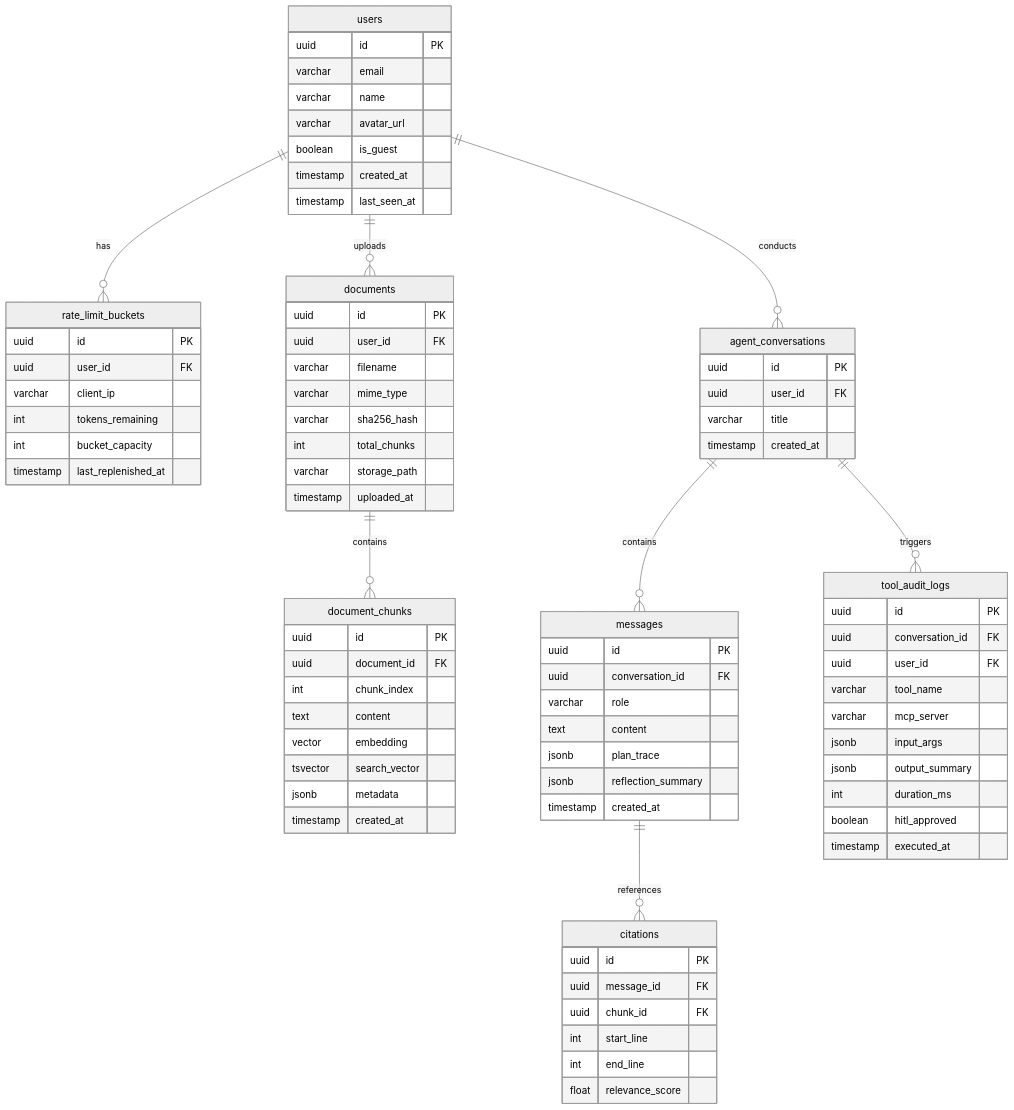
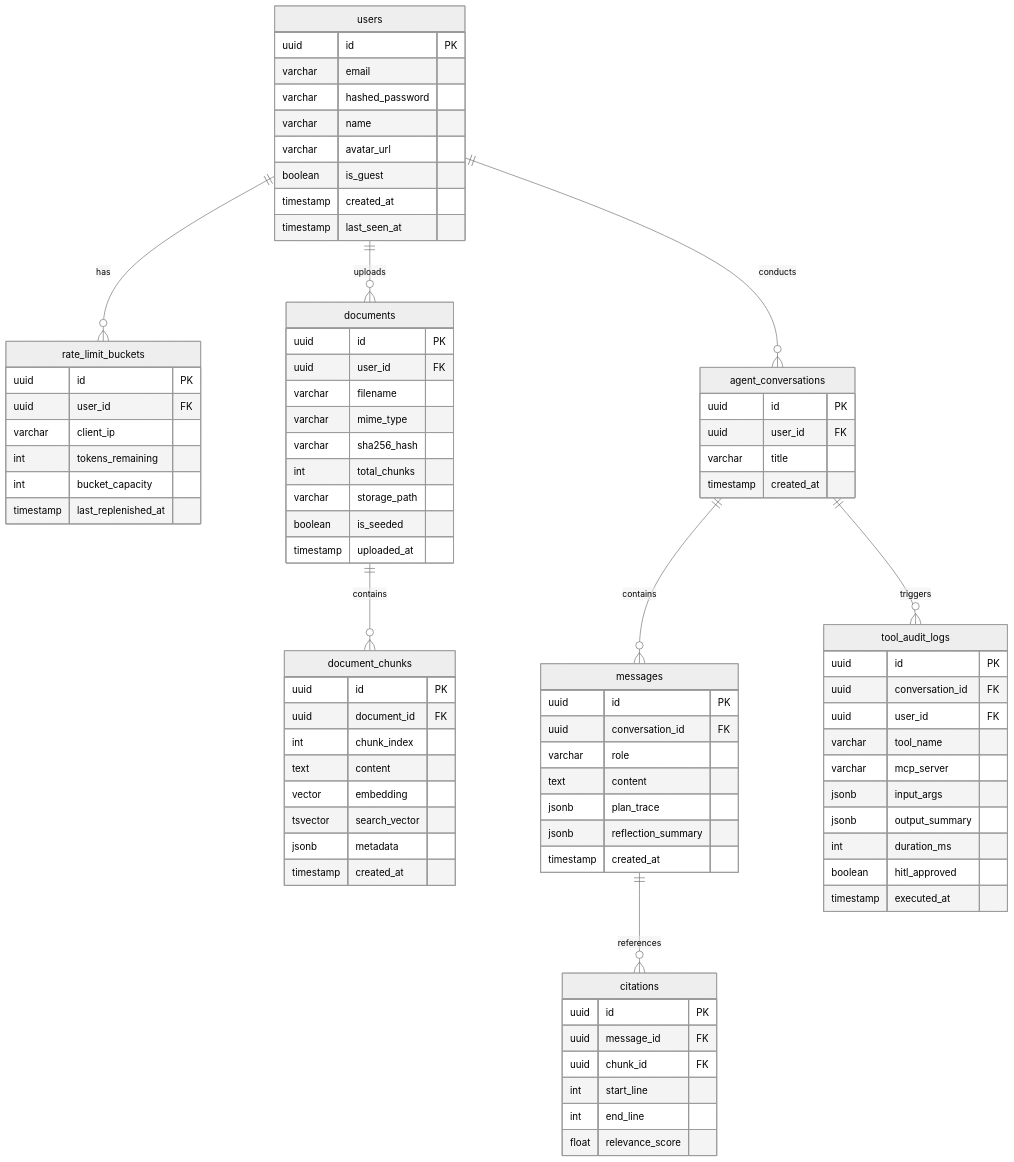
Before and after one commit to Avinaba-Mazumdar/nexusagent-oss: the second of 2 diagrams in target/ARCHITECTURE.md, drawn with Mermaid (neutral theme). The commit also changed other lines of this file and 4 other files, not shown here.

```diff
--- a/target/ARCHITECTURE.md
+++ b/target/ARCHITECTURE.md
@@ -322,6 +319,7 @@
     users {
         uuid id PK
         varchar email
+        varchar hashed_password
         varchar name
         varchar avatar_url
         boolean is_guest
@@ -346,6 +344,7 @@
         varchar sha256_hash
         int total_chunks
         varchar storage_path
+        boolean is_seeded
         timestamp uploaded_at
     }
 
```
